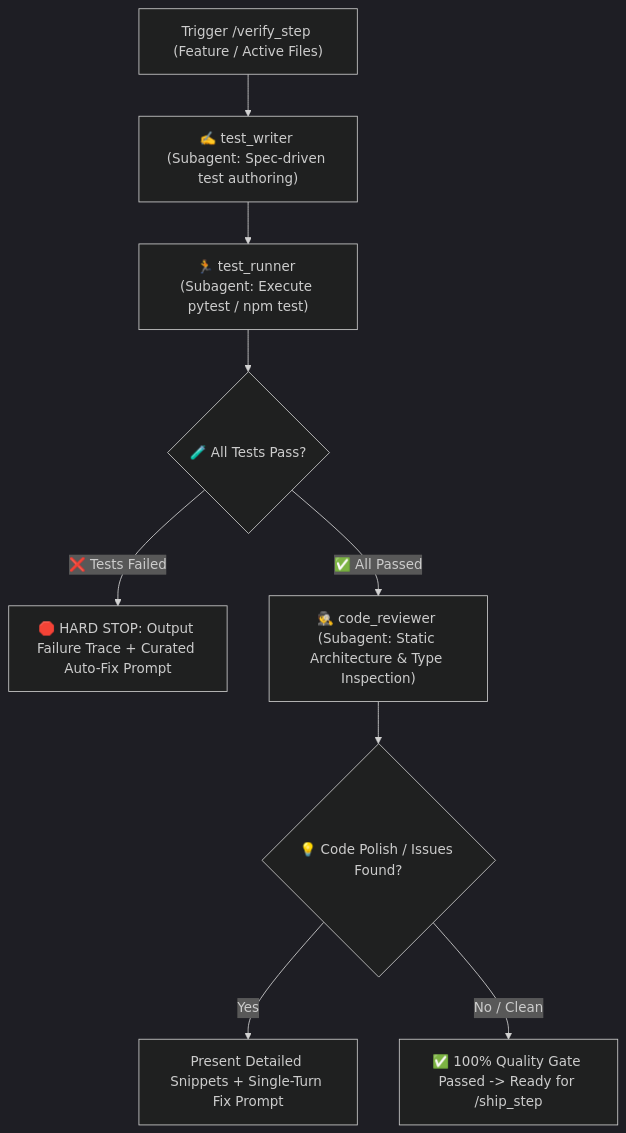
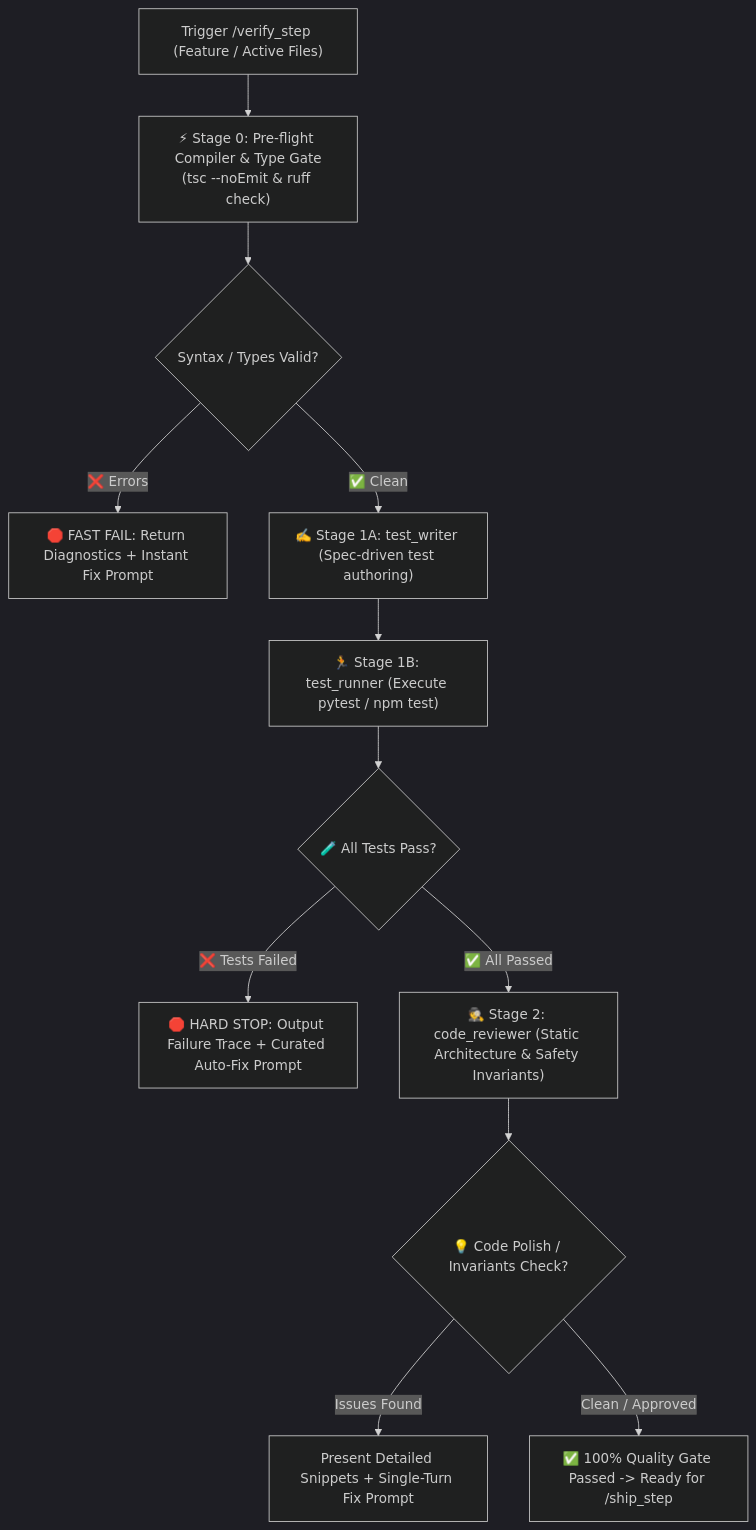
One commit to agrawalshivam279/safe-yatra changed the diagram in .agents/skills/verify_step/SKILL.md. Above: the diagram before and after it, drawn with Mermaid (dark theme). The commit also changed other lines of this file and 2 other files, not shown here.

Commit message:
chore: enrich test_runner, code_reviewer, and verify_step skills

````diff
--- a/.agents/skills/verify_step/SKILL.md
+++ b/.agents/skills/verify_step/SKILL.md
@@ -18,13 +18,16 @@
 ```mermaid
 flowchart TD
-    A["Trigger /verify_step (Feature / Active Files)"] --> B["✍️ test_writer (Subagent: Spec-driven test authoring)"]
-    B --> C["🏃 test_runner (Subagent: Execute pytest / npm test)"]
+    A["Trigger /verify_step (Feature / Active Files)"] --> S0["⚡ Stage 0: Pre-flight Compiler & Type Gate<br/>(tsc --noEmit & ruff check)"]
+    S0 --> S0Check{"Syntax / Types Valid?"}
+    S0Check -- "❌ Errors" --> S0Fail["🛑 FAST FAIL: Return Diagnostics + Instant Fix Prompt"]
+    S0Check -- "✅ Clean" --> B["✍️ Stage 1A: test_writer (Spec-driven test authoring)"]
+    B --> C["🏃 Stage 1B: test_runner (Execute pytest / npm test)"]
     C --> D{"🧪 All Tests Pass?"}
     
     D -- "❌ Tests Failed" --> E["🛑 HARD STOP: Output Failure Trace + Curated Auto-Fix Prompt"]
-    D -- "✅ All Passed" --> F["🕵️ code_reviewer (Subagent: Static Architecture & Type Inspection)"]
+    D -- "✅ All Passed" --> F["🕵️ Stage 2: code_reviewer (Static Architecture & Safety Invariants)"]
     
-    F --> G{"💡 Code Polish / Issues Found?"}
-    G -- "Yes" --> H["Present Detailed Snippets + Single-Turn Fix Prompt"]
-    G -- "No / Clean" --> I["✅ 100% Quality Gate Passed -> Ready for /ship_step"]
+    F --> G{"💡 Code Polish / Invariants Check?"}
+    G -- "Issues Found" --> H["Present Detailed Snippets + Single-Turn Fix Prompt"]
+    G -- "Clean / Approved" --> I["✅ 100% Quality Gate Passed -> Ready for /ship_step"]
 ```
````
